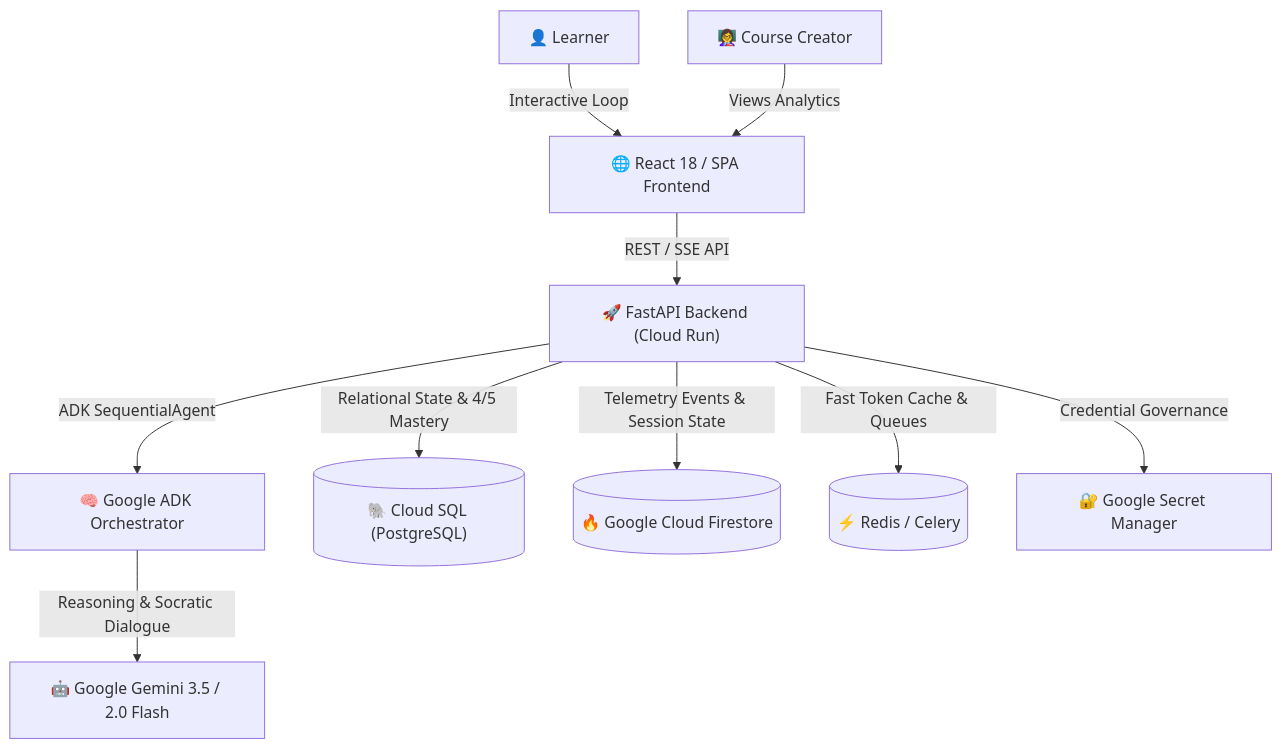
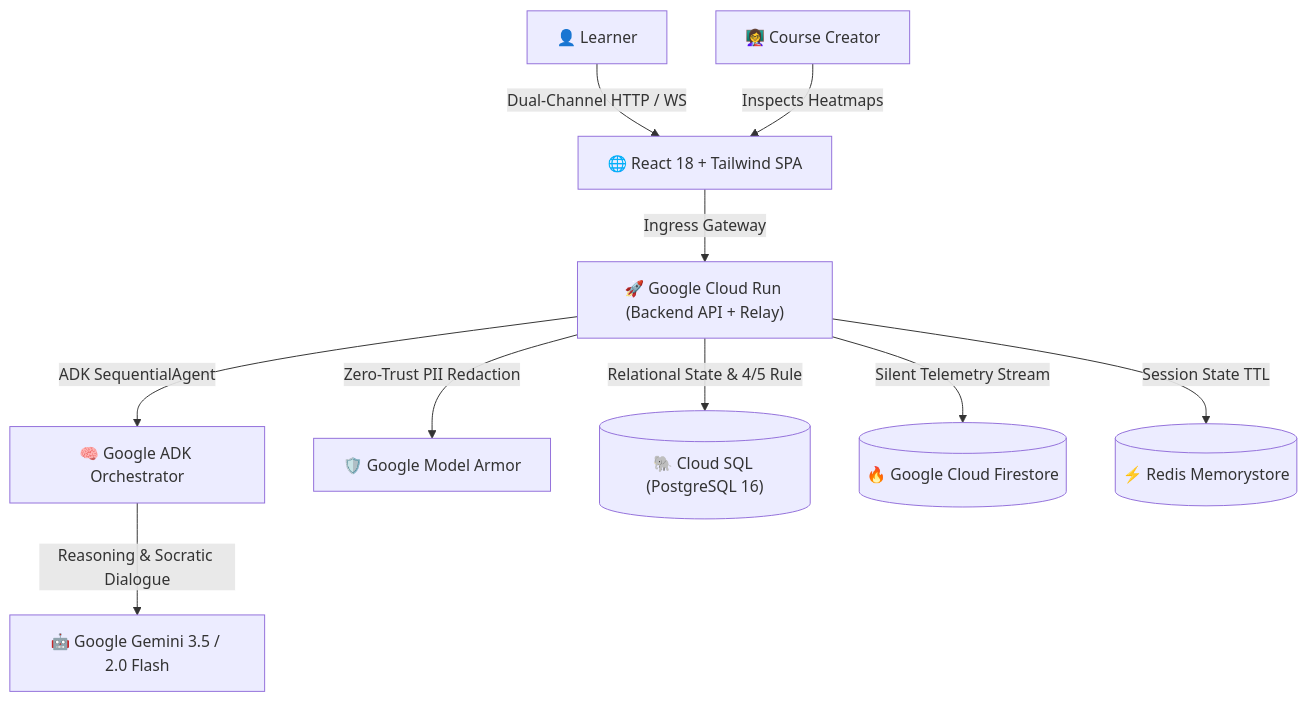
Before and after one commit to KumailQazi/AgisMastery: the diagram in README.md, drawn with Mermaid. The commit also changed other lines of this file, not shown here.

````diff
--- a/README.md
+++ b/README.md
@@ -21,15 +27,15 @@
 ```mermaid
 graph TD
-    Learner["👤 Learner"] -->|Interactive Loop| React["🌐 React 18 / SPA Frontend"]
-    Creator["👩‍🏫 Course Creator"] -->|Views Analytics| React
+    Learner["👤 Learner"] -->|Dual-Channel HTTP / WS| UI["🌐 React 18 + Tailwind SPA"]
+    Creator["👩‍🏫 Course Creator"] -->|Inspects Heatmaps| UI
     
-    React -->|REST / SSE API| FastAPI["🚀 FastAPI Backend (Cloud Run)"]
+    UI -->|Ingress Gateway| CloudRun["🚀 Google Cloud Run (Backend API + Relay)"]
     
-    FastAPI -->|ADK SequentialAgent| ADK["🧠 Google ADK Orchestrator"]
+    CloudRun -->|ADK SequentialAgent| ADK["🧠 Google ADK Orchestrator"]
     ADK -->|Reasoning & Socratic Dialogue| Gemini["🤖 Google Gemini 3.5 / 2.0 Flash"]
     
-    FastAPI -->|Relational State & 4/5 Mastery| Postgres[("🐘 Cloud SQL (PostgreSQL)")]
-    FastAPI -->|Telemetry Events & Session State| Firestore[("🔥 Google Cloud Firestore")]
-    FastAPI -->|Fast Token Cache & Queues| RedisStore[("⚡ Redis / Celery")]
-    FastAPI -->|Credential Governance| SecretMgr["🔐 Google Secret Manager"]
+    CloudRun -->|Zero-Trust PII Redaction| Armor["🛡️ Google Model Armor"]
+    CloudRun -->|Relational State & 4/5 Rule| Postgres[("🐘 Cloud SQL (PostgreSQL 16)")]
+    CloudRun -->|Silent Telemetry Stream| Firestore[("🔥 Google Cloud Firestore")]
+    CloudRun -->|Session State TTL| RedisStore[("⚡ Redis Memorystore")]
 ```
````
